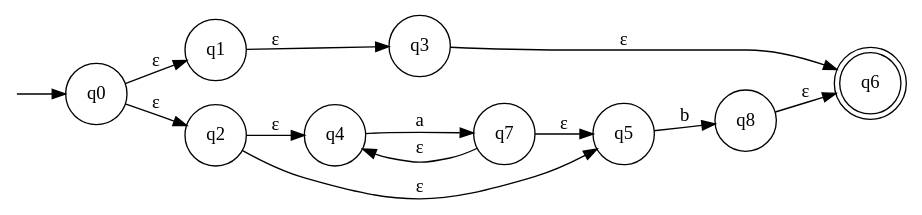
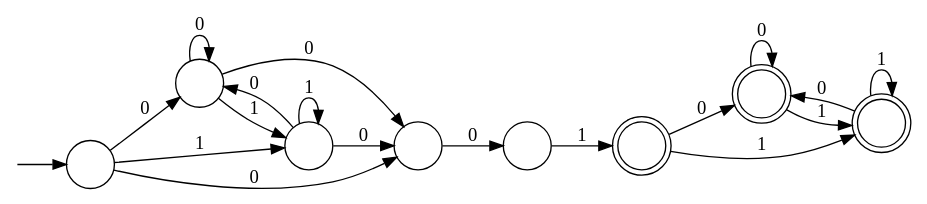
The diagram in nfa_e.dot (water-mizuu/finite_automata_conversion), drawn with Graphviz before and after one commit. The commit also changed 13 other files, not shown here.

```diff
--- a/nfa_e.dot
+++ b/nfa_e.dot
@@ -1,25 +1,30 @@
 digraph G {
   rankdir=LR;
   n__ [label="" shape=none width=.0];
-  0 [shape=circle label="q0"]
-  1 [shape=doublecircle label="q6"]
-  2 [shape=circle label="q1"]
-  3 [shape=circle label="q3"]
-  4 [shape=circle label="q2"]
-  6 [shape=circle label="q4"]
-  7 [shape=circle label="q7"]
-  8 [shape=circle label="q5"]
-  9 [shape=circle label="q8"]
+  0 [shape=circle label=""]
+  1 [shape=circle label=""]
+  2 [shape=circle label=""]
+  3 [shape=circle label=""]
+  4 [shape=circle label=""]
+  5 [shape=doublecircle label=""]
+  6 [shape=doublecircle label=""]
+  7 [shape=doublecircle label=""]
   n__ -> 0;
-  2 -> 3 [label="ε"];
-  6 -> 7 [label="a"];
-  4 -> 6 [label="ε"];
-  4 -> 8 [label="ε"];
-  7 -> 6 [label="ε"];
-  7 -> 8 [label="ε"];
-  8 -> 9 [label="b"];
-  0 -> 2 [label="ε"];
-  0 -> 4 [label="ε"];
-  3 -> 1 [label="ε"];
-  9 -> 1 [label="ε"];
+  0 -> 1 [label="0"];
+  0 -> 3 [label="0"];
+  0 -> 2 [label="1"];
+  1 -> 1 [label="0"];
+  1 -> 3 [label="0"];
+  1 -> 2 [label="1"];
+  2 -> 1 [label="0"];
+  2 -> 3 [label="0"];
+  2 -> 2 [label="1"];
+  3 -> 4 [label="0"];
+  4 -> 5 [label="1"];
+  5 -> 6 [label="0"];
+  5 -> 7 [label="1"];
+  6 -> 6 [label="0"];
+  6 -> 7 [label="1"];
+  7 -> 6 [label="0"];
+  7 -> 7 [label="1"];
 }
```
